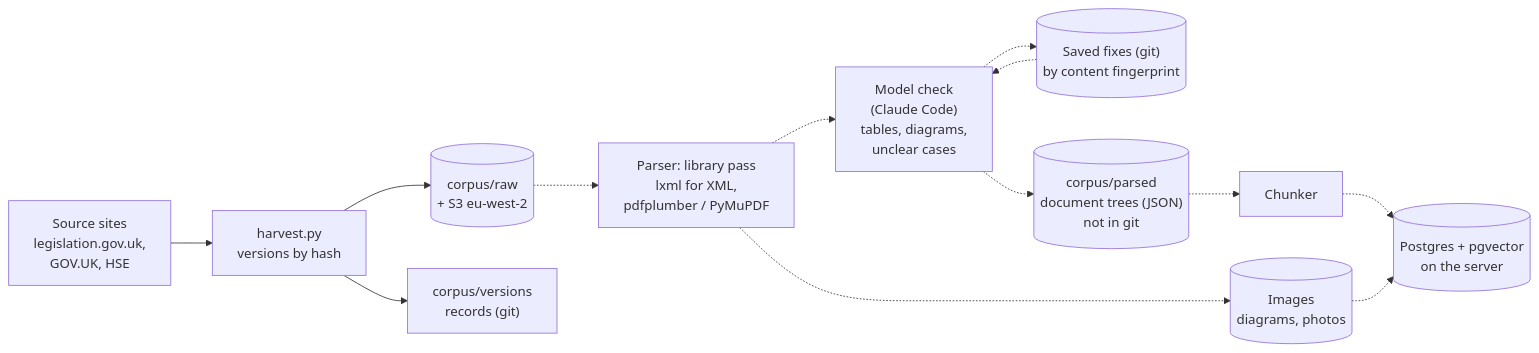
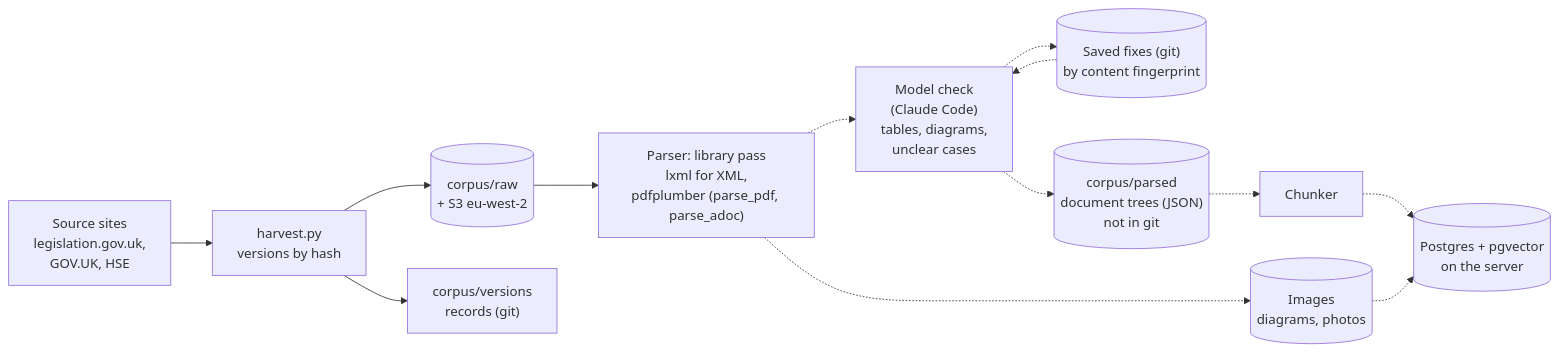
Before and after one commit to florinmarcus/builders_lab: the first of 6 diagrams in architecture/design/regulations-corpus.md, drawn with Mermaid. The commit also changed other lines of this file and 7 other files, not shown here.

First line of the commit message:
AD B volume 1 parser (parse_adoc): structure from fonts, sizes and colours

````diff
--- a/architecture/design/regulations-corpus.md
+++ b/architecture/design/regulations-corpus.md
@@ -11,15 +11,15 @@
 ```mermaid
 flowchart LR
     src["Source sites<br/>legislation.gov.uk,<br/>GOV.UK, HSE"] --> harvest["harvest.py<br/>versions by hash"]
     harvest --> raw[("corpus/raw<br/>+ S3 eu-west-2")]
     harvest --> rec["corpus/versions<br/>records (git)"]
-    raw -.-> lib["Parser: library pass<br/>lxml for XML,<br/>pdfplumber / PyMuPDF"]
+    raw --> lib["Parser: library pass<br/>lxml for XML,<br/>pdfplumber (parse_pdf, parse_adoc)"]
     lib -.-> chk["Model check<br/>(Claude Code)<br/>tables, diagrams,<br/>unclear cases"]
     fixes[("Saved fixes (git)<br/>by content fingerprint")] -.-> chk
     chk -.-> fixes
     chk -.-> tree[("corpus/parsed<br/>document trees (JSON)<br/>not in git")]
     lib -.-> img[("Images<br/>diagrams, photos")]
     tree -.-> chunk["Chunker"]
     chunk -.-> pg[("Postgres + pgvector<br/>on the server")]
     img -.-> pg
 ```
````
